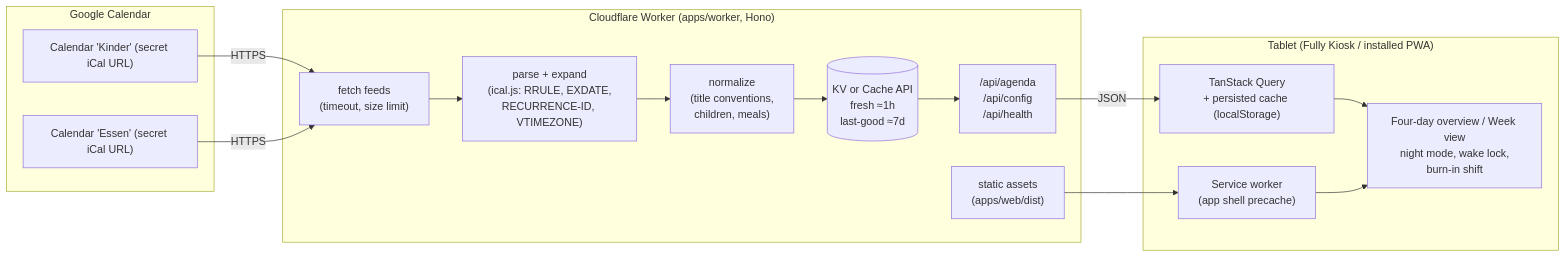
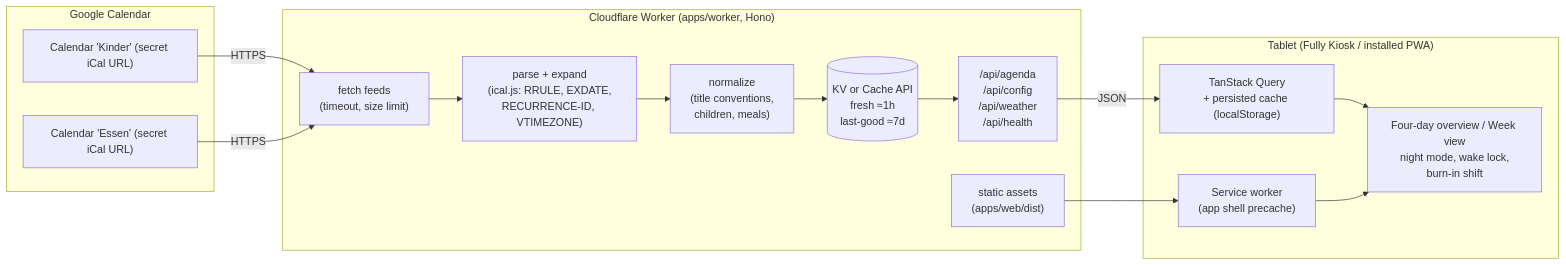
One commit to FinkeFlo/KidBoard changed the diagram in docs/ARCHITECTURE.md. Above: the diagram before and after it, drawn with Mermaid. The commit also changed other lines of this file and 14 other files, not shown here.

Commit message:
feat(worker): serve the Open-Meteo forecast at /api/weather (T-48)

````diff
--- a/docs/ARCHITECTURE.md
+++ b/docs/ARCHITECTURE.md
@@ -14,28 +14,28 @@
 ```mermaid
 flowchart LR
   subgraph Google["Google Calendar"]
     K["Calendar 'Kinder' (secret iCal URL)"]
     E["Calendar 'Essen' (secret iCal URL)"]
   end
 
   subgraph Worker["Cloudflare Worker (apps/worker, Hono)"]
     F["fetch feeds<br/>(timeout, size limit)"]
     P["parse + expand<br/>(ical.js: RRULE, EXDATE,<br/>RECURRENCE-ID, VTIMEZONE)"]
     N["normalize<br/>(title conventions,<br/>children, meals)"]
     C[("KV or Cache API<br/>fresh ≈1h<br/>last-good ≈7d")]
-    A["/api/agenda<br/>/api/config<br/>/api/health"]
+    A["/api/agenda<br/>/api/config<br/>/api/weather<br/>/api/health"]
     S["static assets<br/>(apps/web/dist)"]
   end
 
   subgraph Tablet["Tablet (Fully Kiosk / installed PWA)"]
     SW["Service worker<br/>(app shell precache)"]
     Q["TanStack Query<br/>+ persisted cache (localStorage)"]
     V["Four-day overview / Week view<br/>night mode, wake lock,<br/>burn-in shift"]
   end
 
   K -- HTTPS --> F
   E -- HTTPS --> F
   F --> P --> N --> C --> A
   A -- JSON --> Q --> V
   S --> SW --> V
 ```
````
